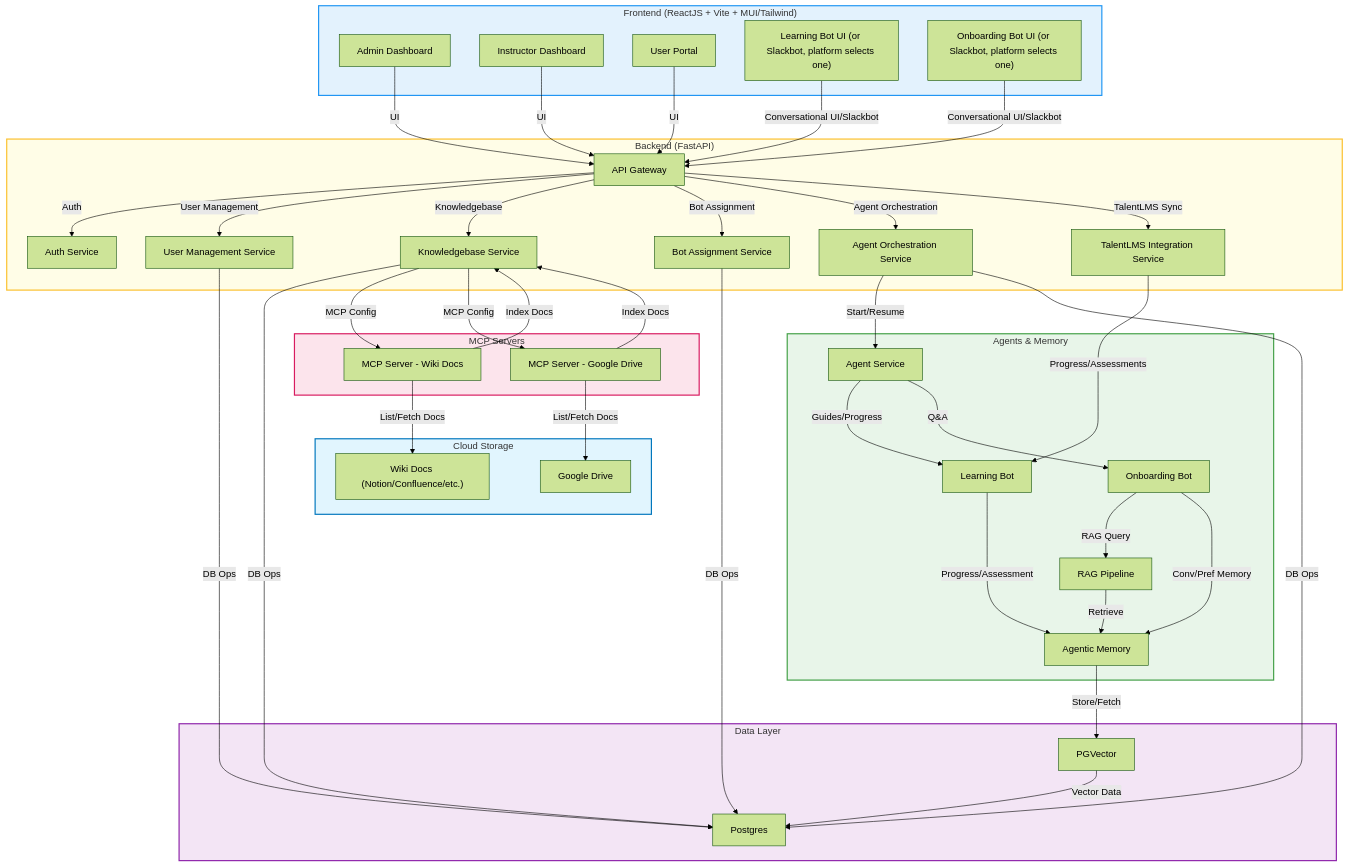
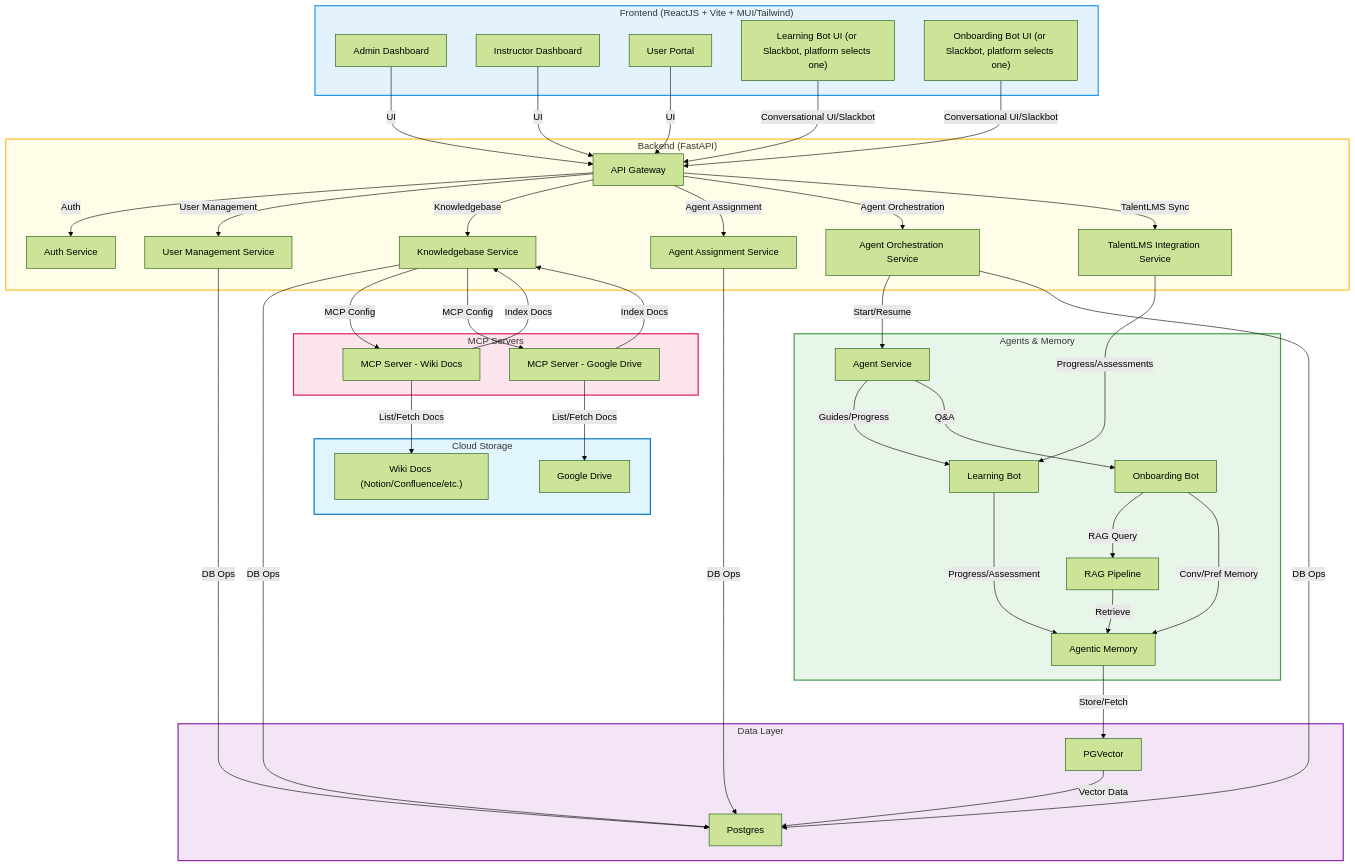
Before and after one commit to Genie-Experiments/genie-mentor-agent: the diagram in docs/architecture/system-architecture.md, drawn with Mermaid (forest theme). The commit also changed other lines of this file and 3 other files, not shown here.

```diff
--- a/docs/architecture/system-architecture.md
+++ b/docs/architecture/system-architecture.md
@@ -24,7 +24,7 @@
         AuthService["Auth Service"]
         UserService["User Management Service"]
         KBService["Knowledgebase Service"]
-        BotService["Bot Assignment Service"]
+        AgentAssignmentService["Agent Assignment Service"]
         AgentService["Agent Orchestration Service"]
         TalentLMSService["TalentLMS Integration Service"]
     end
@@ -71,7 +71,7 @@
     BE -- Auth --> AuthService
     BE -- User Management --> UserService
     BE -- Knowledgebase --> KBService
-    BE -- Bot Assignment --> BotService
+    BE -- Agent Assignment --> AgentAssignmentService
     BE -- Agent Orchestration --> AgentService
     BE -- TalentLMS Sync --> TalentLMSService
 
@@ -88,7 +88,7 @@
     VEC -- Vector Data --> PG
     UserService -- DB Ops --> PG
     KBService -- DB Ops --> PG
-    BotService -- DB Ops --> PG
+    AgentAssignmentService -- DB Ops --> PG
     AgentService -- DB Ops --> PG
 
     KBService -- MCP Config --> MCP_WIKI
```
